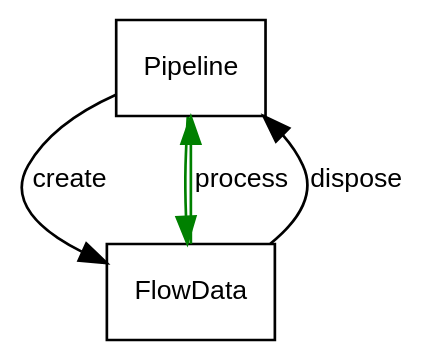
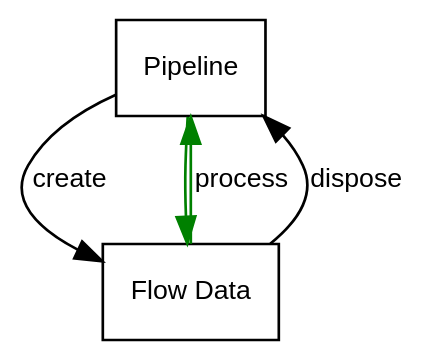
One commit to 51Degrees/documentation changed the diagram in src/graphs/basic-pipeline-flow.dot. Above: the diagram before and after it, drawn with Graphviz. The commit also changed 7 other files, not shown here.

Commit message:
BUILD/DOC: Added aliases for common links to the DoxyFiles. This means for example "[pipeline](@ref Concepts_Pipeline)" can be replaced with @pipeline. Also updated docs on flow element.

```diff
--- a/src/graphs/basic-pipeline-flow.dot
+++ b/src/graphs/basic-pipeline-flow.dot
@@ -1,11 +1,11 @@
 digraph pipelineflow {
     bgcolor=transparent;
     node [ shape=record, fontname=Helvetica, fontsize=10 ];
     edge [ fontname=Helvetica, fontsize=10 ];
     P [ label="Pipeline" ]
-    FD [ label="FlowData" URL="@ref Concepts_Data_FlowData"];
+    FD [ label="Flow Data" URL="@ref Concepts_Data_FlowData"];
     P -> FD [ label="create"]
     FD -> P [label="process" color="green"];
     P -> FD [ color="green" ];
     FD -> P [ label="dispose" ];
 }
```
